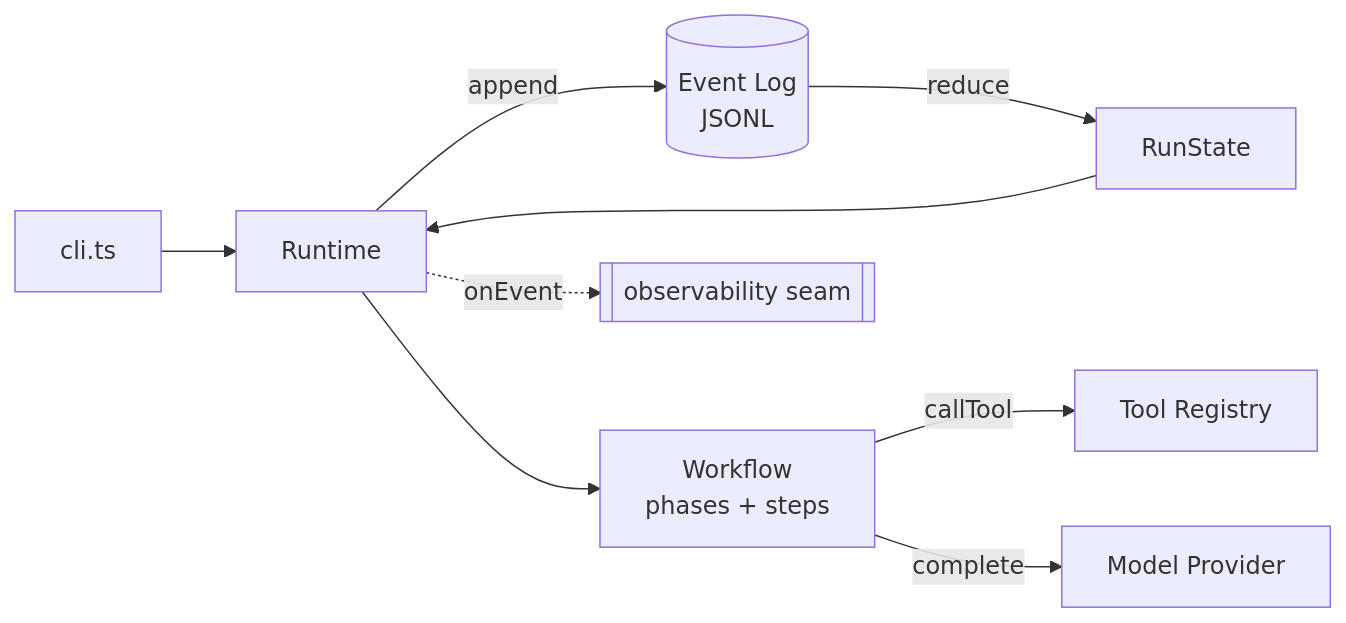
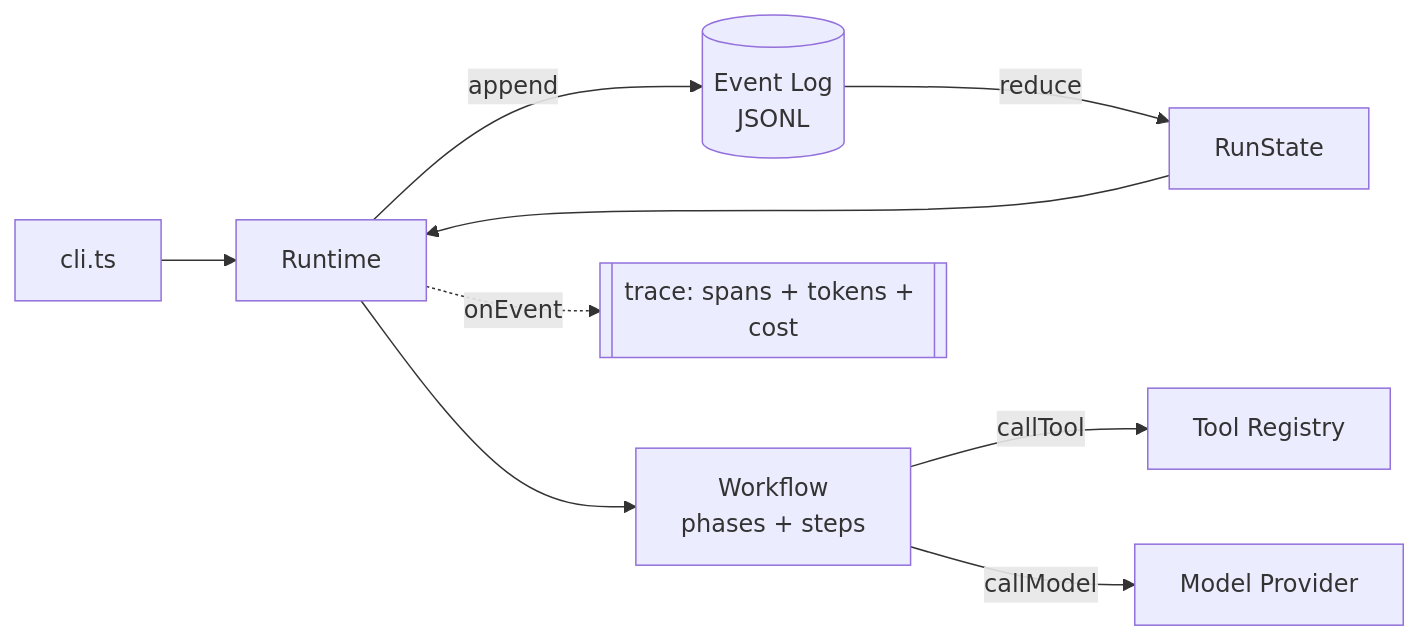
Before and after one commit to yanzhe-luomoyuyi/agent-runtime: the diagram in README.md, drawn with Mermaid. The commit also changed other lines of this file and 13 other files, not shown here.

Commit message:
D4: observability (trace from event log) + model calls routed through runtime (recorded + idempotent) + config-driven pricing + replay/failure/per-phase metrics + content cache (CachingModelProvider: LRU, normalized keys, injectable keying)

````diff
--- a/README.md
+++ b/README.md
@@ -33,11 +33,11 @@
 ```mermaid
 flowchart LR
     CLI[cli.ts] --> RT[Runtime]
     RT -->|append| LOG[(Event Log<br/>JSONL)]
     LOG -->|reduce| ST[RunState]
     ST --> RT
     RT --> WF[Workflow<br/>phases + steps]
     WF -->|callTool| TR[Tool Registry]
-    WF -->|complete| MP[Model Provider]
-    RT -.onEvent.-> OBS[[observability seam]]
+    WF -->|callModel| MP[Model Provider]
+    RT -.onEvent.-> OBS[[trace: spans + tokens + cost]]
 ```
````
